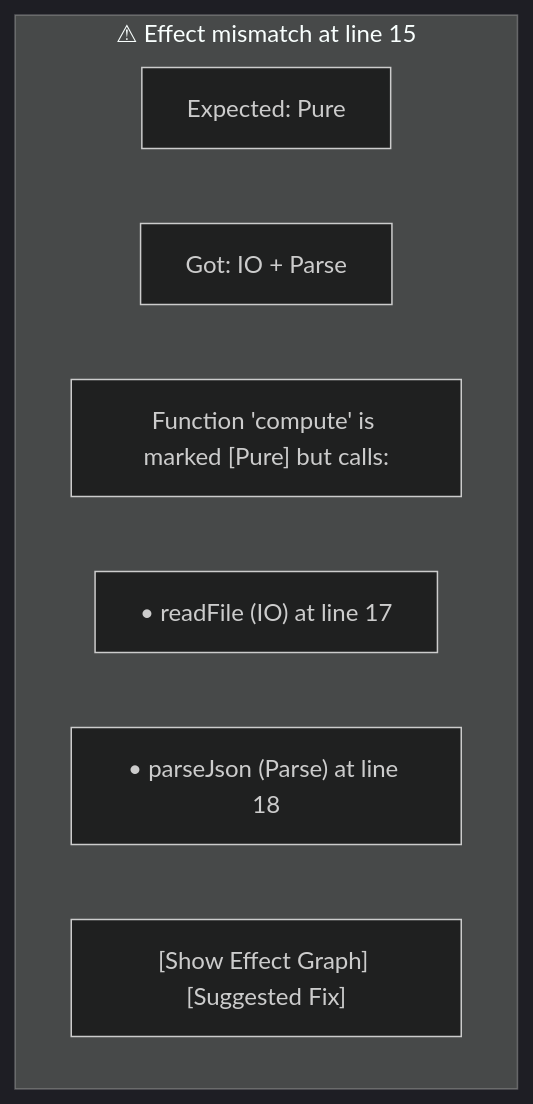
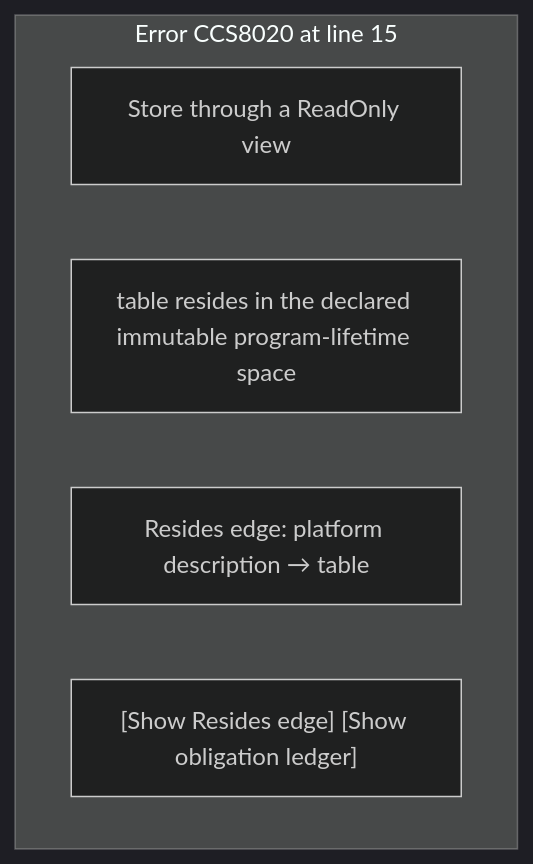
The eighth of 8 diagrams in docs/03_unique_features.md (FidelityFramework/Atelier), drawn with Mermaid (dark theme) before and after one commit. The commit also changed other lines of this file and 23 other files, not shown here.

````diff
--- a/docs/03_unique_features.md
+++ b/docs/03_unique_features.md
@@ -392,11 +411,9 @@
 ```mermaid
 flowchart TB
-    subgraph warning["⚠ Effect mismatch at line 15"]
-        expected["Expected: Pure"]
-        got["Got: IO + Parse"]
-        reason["Function 'compute' is marked [Pure] but calls:"]
-        call1["• readFile (IO) at line 17"]
-        call2["• parseJson (Parse) at line 18"]
-        actions["[Show Effect Graph] [Suggested Fix]"]
+    subgraph diag["Error CCS8020 at line 15"]
+        what["Store through a ReadOnly view"]
+        where["table resides in the declared immutable program-lifetime space"]
+        source["Resides edge: platform description → table"]
+        actions["[Show Resides edge] [Show obligation ledger]"]
     end
 ```
````
